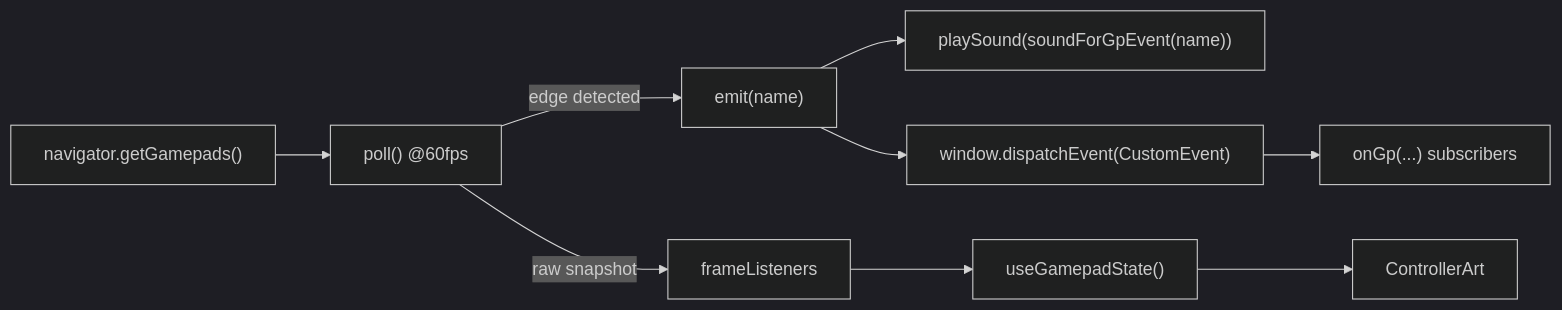
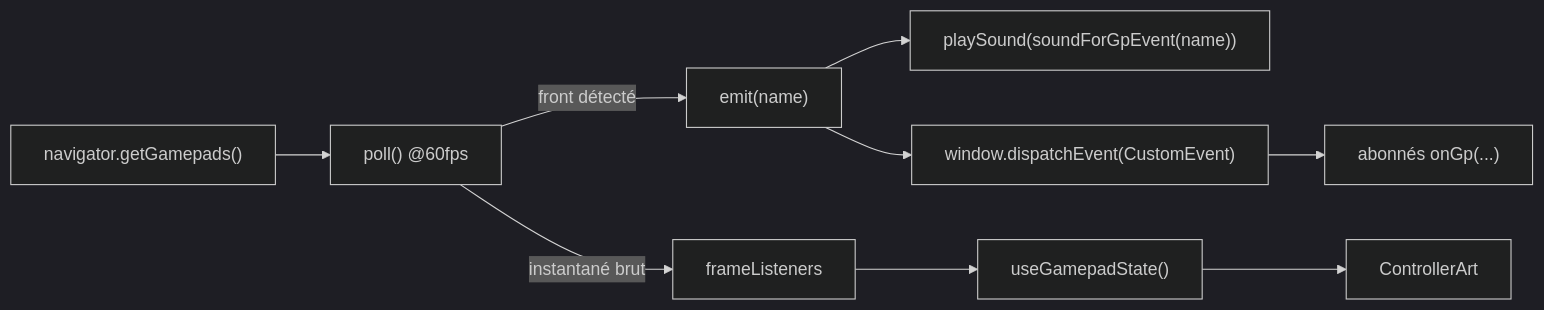
One commit to p4v1c/GamecoreRenew changed the diagram in docs/architecture/05-frontend.md. Above: the diagram before and after it, drawn with Mermaid (dark theme). The commit also changed other lines of this file and 16 other files, not shown here.

First line of the commit message:
docs: passe la documentation d'architecture en français

````diff
--- a/docs/architecture/05-frontend.md
+++ b/docs/architecture/05-frontend.md
@@ -47,11 +47,11 @@
 ```mermaid
 flowchart LR
     gp["navigator.getGamepads()"] --> poll["poll() @60fps"]
-    poll -->|edge detected| emit["emit(name)"]
+    poll -->|front détecté| emit["emit(name)"]
     emit --> snd["playSound(soundForGpEvent(name))"]
     emit --> win["window.dispatchEvent(CustomEvent)"]
-    win --> onGp["onGp(...) subscribers"]
-    poll -->|raw snapshot| frame["frameListeners"]
+    win --> onGp["abonnés onGp(...)"]
+    poll -->|instantané brut| frame["frameListeners"]
     frame --> state["useGamepadState()"]
     state --> art["ControllerArt"]
 ```
````
